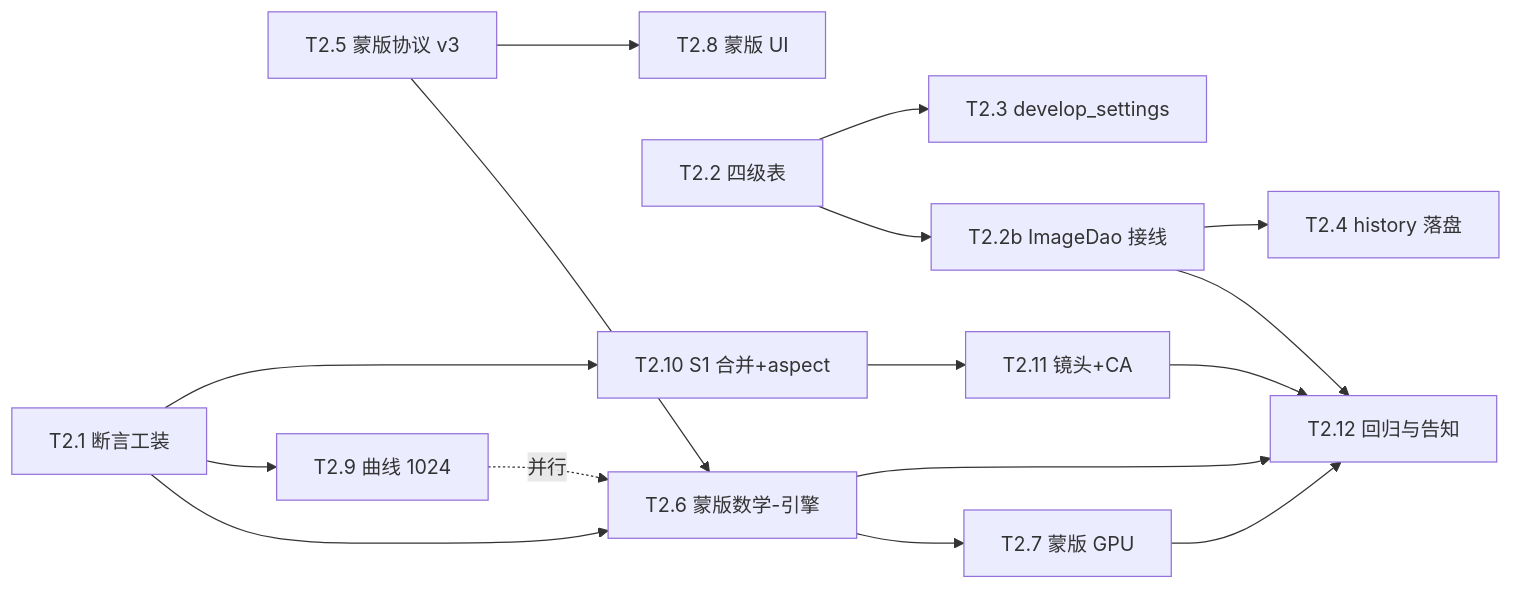
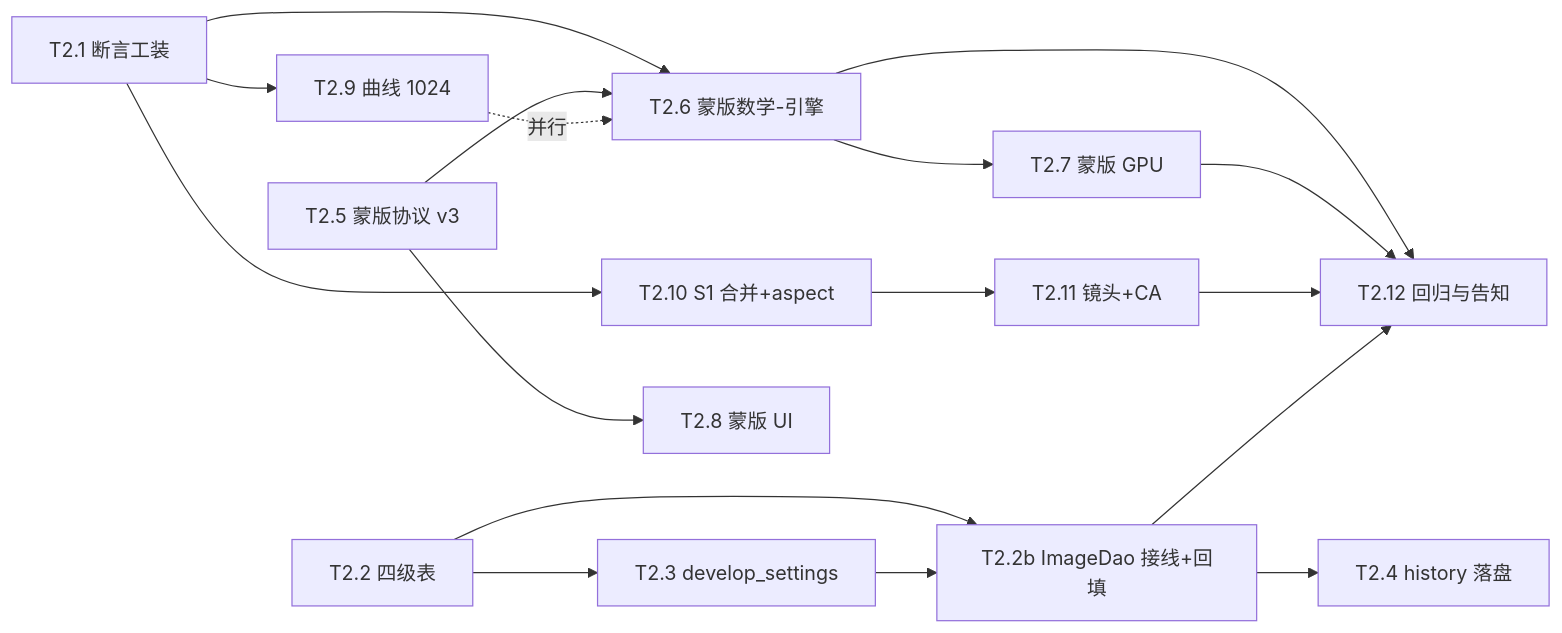
One commit to ClosedAi-zj/LUMINA changed the fifth of 5 diagrams in docs/v1.2.0/M2-架构设计.md. Above: the diagram before and after it, drawn with Mermaid. The commit also changed other lines of this file, not shown here.

Commit message:
docs(v1.2.0): M2 architecture v1.5 — O2 semantic counterexample, M18 narrowed, params_hash md5 (4 sites), sidecar rebuild owned by T2.2b (N36, main.cpp), M37 defined

````diff
--- a/docs/v1.2.0/M2-架构设计.md
+++ b/docs/v1.2.0/M2-架构设计.md
@@ -934,18 +938,19 @@
 ```mermaid
 graph LR
   T21[T2.1 断言工装] --> T26[T2.6 蒙版数学-引擎]
   T25[T2.5 蒙版协议 v3] --> T26
   T26 --> T27[T2.7 蒙版 GPU]
   T26 --> T212[T2.12 回归与告知]
   T27 --> T212
   T211[T2.11 镜头+CA] --> T212
-  T22[T2.2 四级表] --> T22b[T2.2b ImageDao 接线]
+  T22[T2.2 四级表] --> T22b[T2.2b ImageDao 接线+回填]
+  T23 --> T22b
   T22b --> T212
   T22 --> T23[T2.3 develop_settings]
   T22b --> T24[T2.4 history 落盘]
   T25 --> T28[T2.8 蒙版 UI]
   T21 --> T29[T2.9 曲线 1024]
   T21 --> T210[T2.10 S1 合并+aspect]
   T210 --> T211
   T29 -.并行.-> T26
 ```
````
